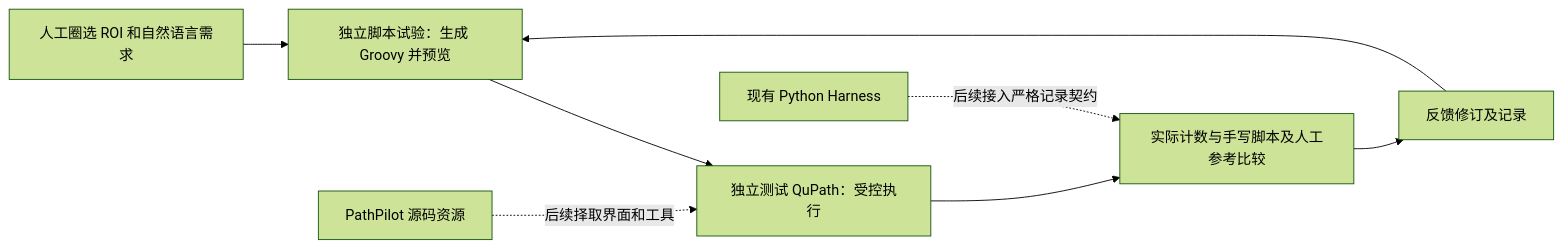
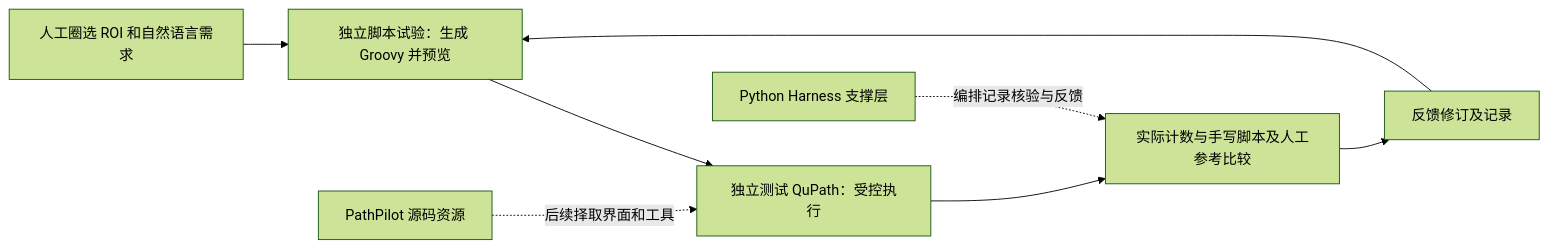
The first of 7 diagrams in frame.md (KLEIBER404/cancer-harness-dashboard), drawn with Mermaid (forest theme) before and after one commit. The commit also changed other lines of this file and 9 other files, not shown here.

````diff
--- a/frame.md
+++ b/frame.md
@@ -161,10 +170,10 @@
 ```mermaid
 flowchart LR
   U[人工圈选 ROI 和自然语言需求] --> G[独立脚本试验：生成 Groovy 并预览]
   G --> Q[独立测试 QuPath：受控执行]
   Q --> V[实际计数与手写脚本及人工参考比较]
   V --> F[反馈修订及记录]
   F --> G
   P[PathPilot 源码资源] -. 后续择取界面和工具 .-> Q
-  H[现有 Python Harness] -. 后续接入严格记录契约 .-> V
+  H[Python Harness 支撑层] -. 编排记录核验与反馈 .-> V
 ```
````
